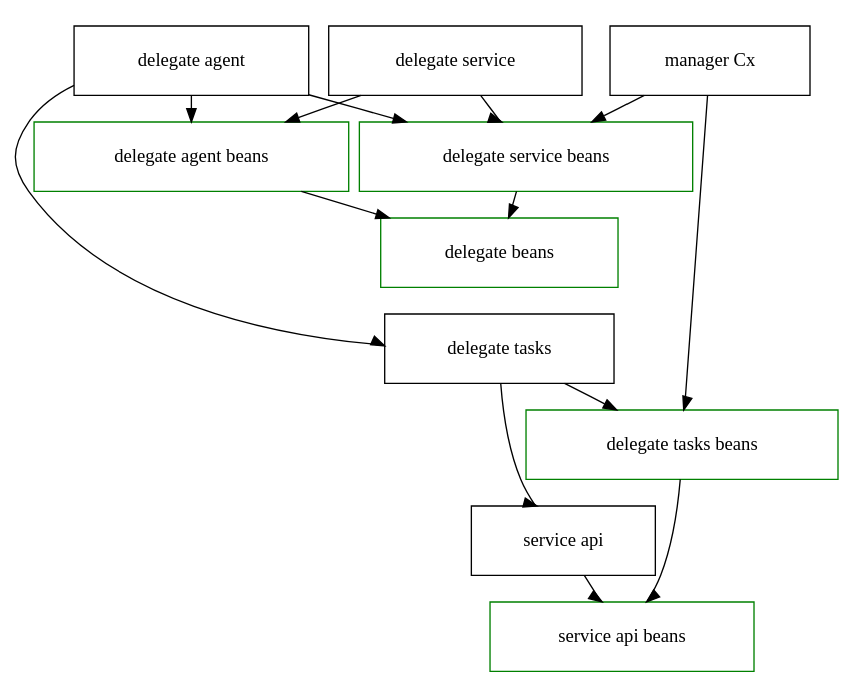
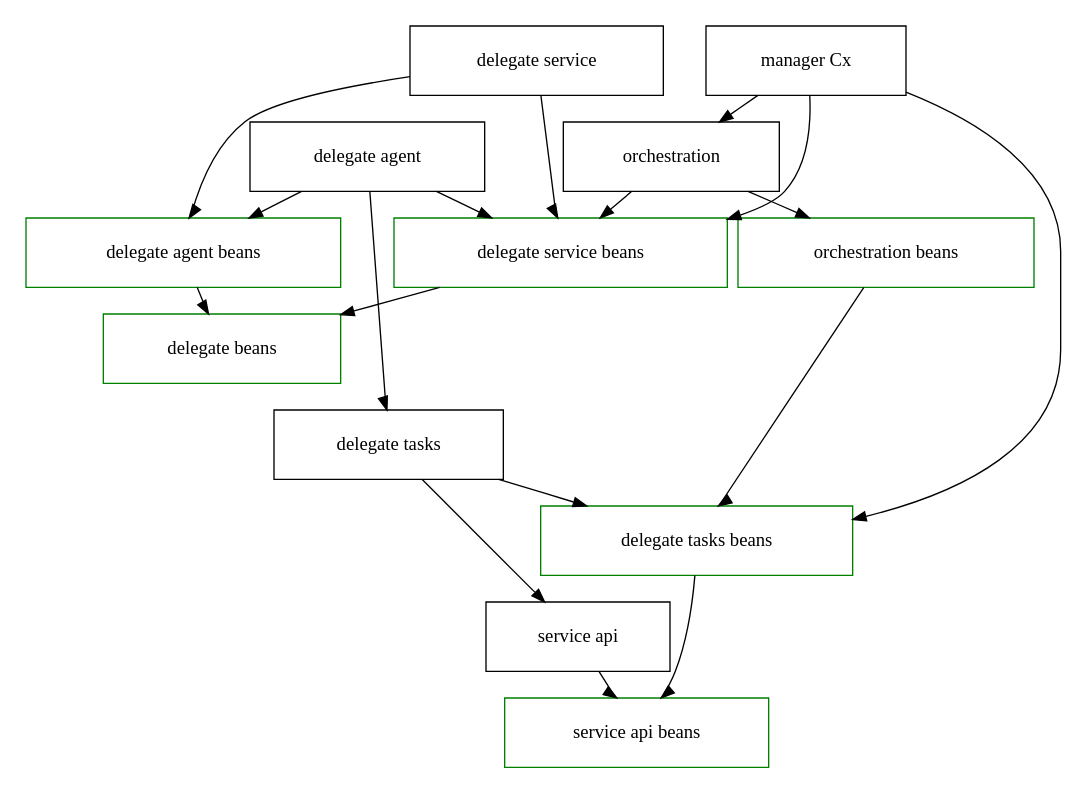
One commit to pranay-harness/harness-core changed the diagram in img/graphviz/layers.dot. Above: the diagram before and after it, drawn with Graphviz. The commit also changed 33 other files, not shown here.

First line of the commit message:
[PL-0]: promote delegate-beans (#14357)

```diff
--- a/img/graphviz/layers.dot
+++ b/img/graphviz/layers.dot
@@ -1,73 +1,93 @@
 digraph G {
   compound=true;
   subgraph cluster_service_api_beans {
    color=green
    service_api_beans [label="service api beans" color=white];
   }
 
   subgraph cluster_service_api {
     service_api [label="service api" color=white];
   }
 
   subgraph cluster_delegate_tasks_beans {
     color=green
     delegate_tasks_beans [label="delegate tasks beans" color=white];
   }
 
   subgraph cluster_delegate_tasks {
     delegate_tasks [label="delegate tasks" color=white];
   }
 
   subgraph cluster_delegate_beans {
     color=green
     delegate_beans [label="delegate beans" color=white];
+  }
+
+  subgraph cluster_orchestration_beans {
+    color=green
+    orchestration_beans [label="orchestration beans" color=white];
+  }
+
+  subgraph cluster_orchestration {
+    orchestration [label="orchestration" color=white];
   }
 
   subgraph cluster_delegate_agent_beans {
     color=green
     delegate_agent_beans [label="delegate agent beans" color=white];
   }
 
   subgraph cluster_delegate_agent {
     delegate_agent [label="delegate agent" color=white];
   }
 
   subgraph cluster_delegate_service_beans {
     color=green
     delegate_service_beans [label="delegate service beans" color=white];
   }
 
   subgraph cluster_delegate_service {
     delegate_service [label="delegate service" color=white];
   }
 
   subgraph cluster_manager_cx {
     manager_cx [label="manager Cx" color=white];
   }
 
 
   service_api -> service_api_beans [ltail=cluster_service_api,lhead=cluster_service_api_beans];
   delegate_tasks_beans -> service_api [style=invis];
 
   delegate_tasks_beans -> service_api_beans [ltail=cluster_delegate_tasks_beans,lhead=cluster_service_api_beans];
 
   delegate_tasks -> delegate_tasks_beans [ltail=cluster_delegate_tasks,lhead=cluster_delegate_tasks_beans];
 
   delegate_tasks -> service_api [ltail=cluster_delegate_tasks,lhead=cluster_service_api];
 
   delegate_agent_beans-> delegate_beans [ltail=cluster_delegate_agent_beans,lhead=cluster_delegate_beans];
 
   delegate_service_beans-> delegate_beans [ltail=cluster_delegate_service_beans,lhead=cluster_delegate_beans];
 
   delegate_beans -> delegate_tasks [style=invis];
 
-  delegate_agent-> delegate_agent_beans [ltail=cluster_delegate_agent,lhead=cluster_delegate_agent_beans];
-  delegate_agent-> delegate_tasks [ltail=cluster_delegate_agent,lhead=cluster_delegate_tasks];
-  delegate_agent-> delegate_service_beans [ltail=cluster_delegate_agent,lhead=cluster_delegate_service_beans];
+  orchestration_beans -> delegate_tasks_beans [ltail=cluster_orchestration_beans,lhead=cluster_delegate_tasks_beans];
 
-  delegate_service-> delegate_service_beans [ltail=cluster_delegate_service,lhead=cluster_delegate_service_beans];
-  delegate_service-> delegate_agent_beans [ltail=cluster_delegate_service,lhead=cluster_delegate_agent_beans];
+  orchestration -> delegate_service_beans [ltail=cluster_orchestration,lhead=cluster_delegate_service_beans];
+  #orchestration_beans-> delegate_agent_beans [style=invis];
 
-  manager_cx-> delegate_service_beans [ltail=cluster_manager_cx,lhead=cluster_delegate_service_beans];
-  manager_cx-> delegate_tasks_beans [ltail=cluster_manager_cx,lhead=cluster_delegate_tasks_beans];
+  orchestration -> orchestration_beans [ltail=cluster_orchestration,lhead=cluster_orchestration_beans];
+
+  delegate_agent -> delegate_agent_beans [ltail=cluster_delegate_agent,lhead=cluster_delegate_agent_beans];
+  delegate_agent -> delegate_tasks [ltail=cluster_delegate_agent,lhead=cluster_delegate_tasks];
+  delegate_agent -> delegate_service_beans [ltail=cluster_delegate_agent,lhead=cluster_delegate_service_beans];
+  #delegate_agent-> orchestration [style=invis];
+
+  delegate_service -> delegate_service_beans [ltail=cluster_delegate_service,lhead=cluster_delegate_service_beans];
+  delegate_service -> delegate_agent_beans [ltail=cluster_delegate_service,lhead=cluster_delegate_agent_beans];
+  delegate_service -> orchestration [style=invis];
+
+  manager_cx -> delegate_service_beans [ltail=cluster_manager_cx,lhead=cluster_delegate_service_beans];
+  manager_cx -> delegate_tasks_beans [ltail=cluster_manager_cx,lhead=cluster_delegate_tasks_beans];
+
+  manager_cx -> orchestration [ltail=cluster_manager_cx,lhead=cluster_orchestration];
 }
```
